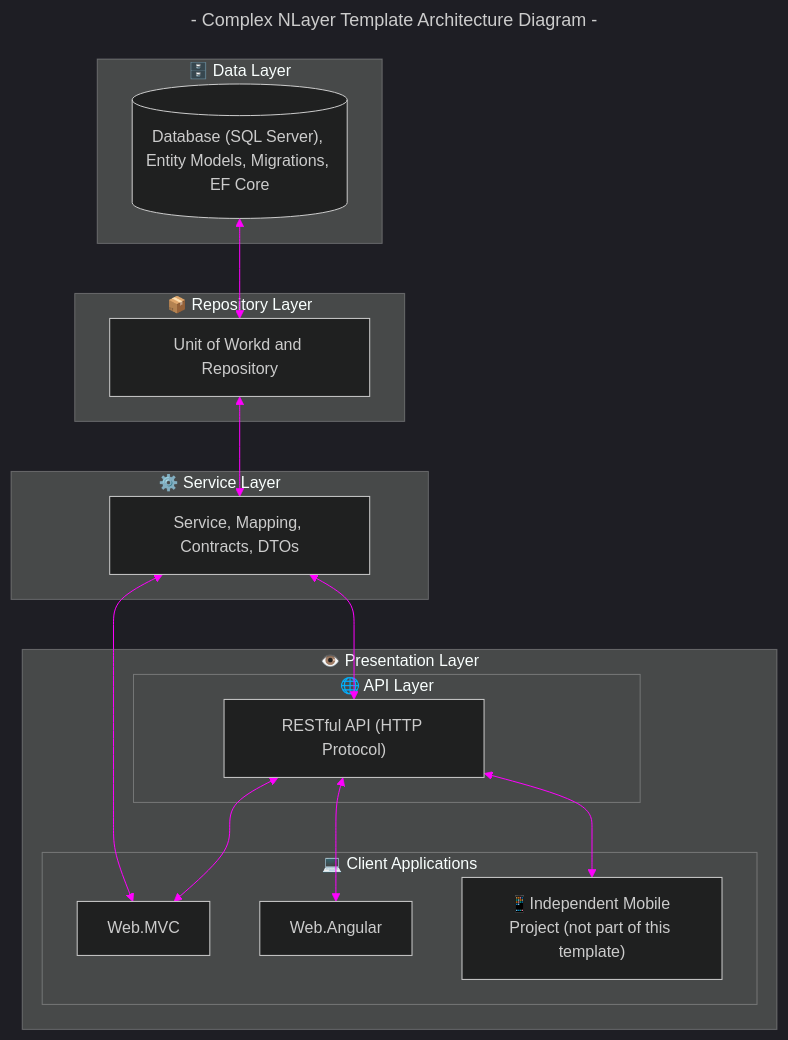
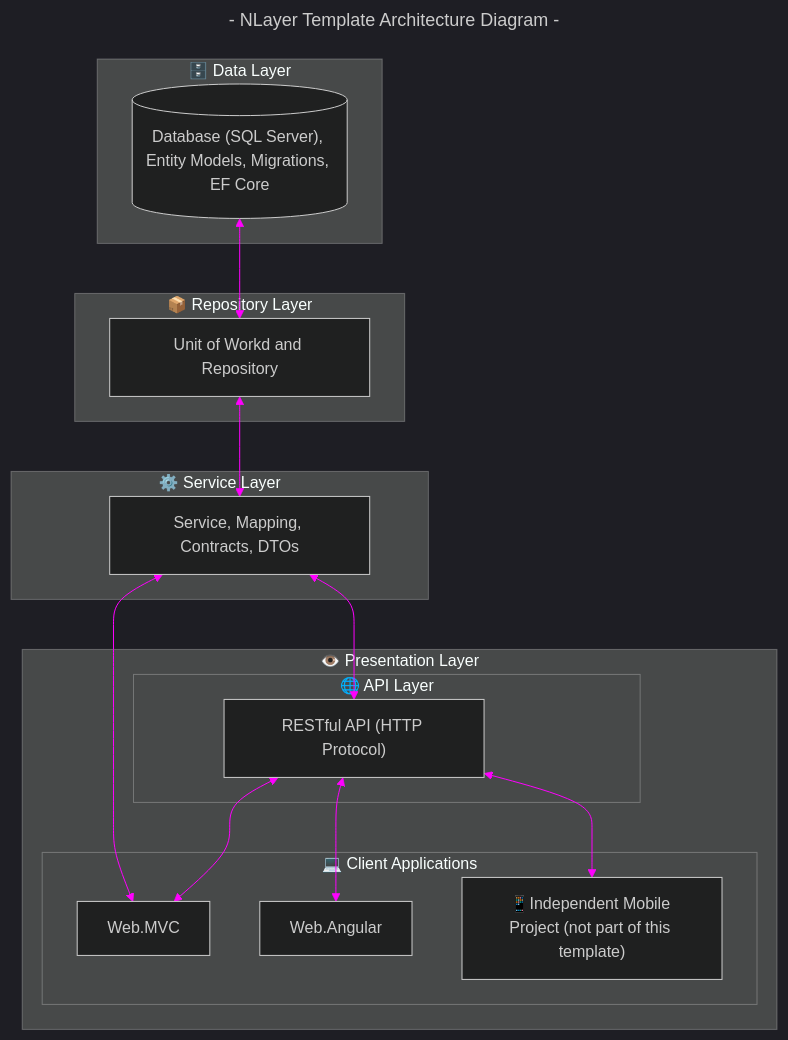
One commit to carloswm85/basic-ntier-template changed the diagram in templates/NLayerTemplate/docs/onboarding/content/architecture.md. Above: the diagram before and after it, drawn with Mermaid. The commit also changed other lines of this file and 112 other files, not shown here.

First line of the commit message:
refactor # rename solution from ComplexNLayerTemplate to NLayerTemplate

````diff
--- a/templates/NLayerTemplate/docs/onboarding/content/architecture.md
+++ b/templates/NLayerTemplate/docs/onboarding/content/architecture.md
@@ -75,48 +75,48 @@
 ```mermaid
 ---
-title: "- Complex NLayer Template Architecture Diagram -"
+title: "- NLayer Template Architecture Diagram -"
 config:
   theme: dark
   themeVariables:
     {
       "lineColor": "#FF00FF"
     }
 ---
 flowchart
   direction TB
 
   %% ----------- LAYERS -----------
   subgraph Data["🗄️  Data Layer"]
     DB[("Database (SQL Server), Entity Models, Migrations, EF Core")]
   end
 
   subgraph Repository["📦  Repository Layer"]
     REPO[Unit of Workd and Repository]
   end
 
   subgraph Service["⚙️  Service Layer"]
     SVC[Service, Mapping, Contracts, DTOs]
   end
 
   %% Presentation Layer shifted to the side
   subgraph Pres["👁️ Presentation Layer"]
     subgraph API["🌐 API Layer"]
         REST["RESTful API (HTTP Protocol)"]
     end
     subgraph Clients["💻 Client Applications"]
       MVC[Web.MVC]
       SPA[Web.Angular]
       MOB["📱Independent Mobile Project (not part of this template)"]
     end
 
   end
 
   %% ----------- CONNECTIONS -----------
   DB <--> REPO
   REPO <--> SVC
   SVC <--> REST
   SVC <--> MVC
   REST <--> MVC
   REST <--> SPA
   REST <--> MOB
 ```
````
